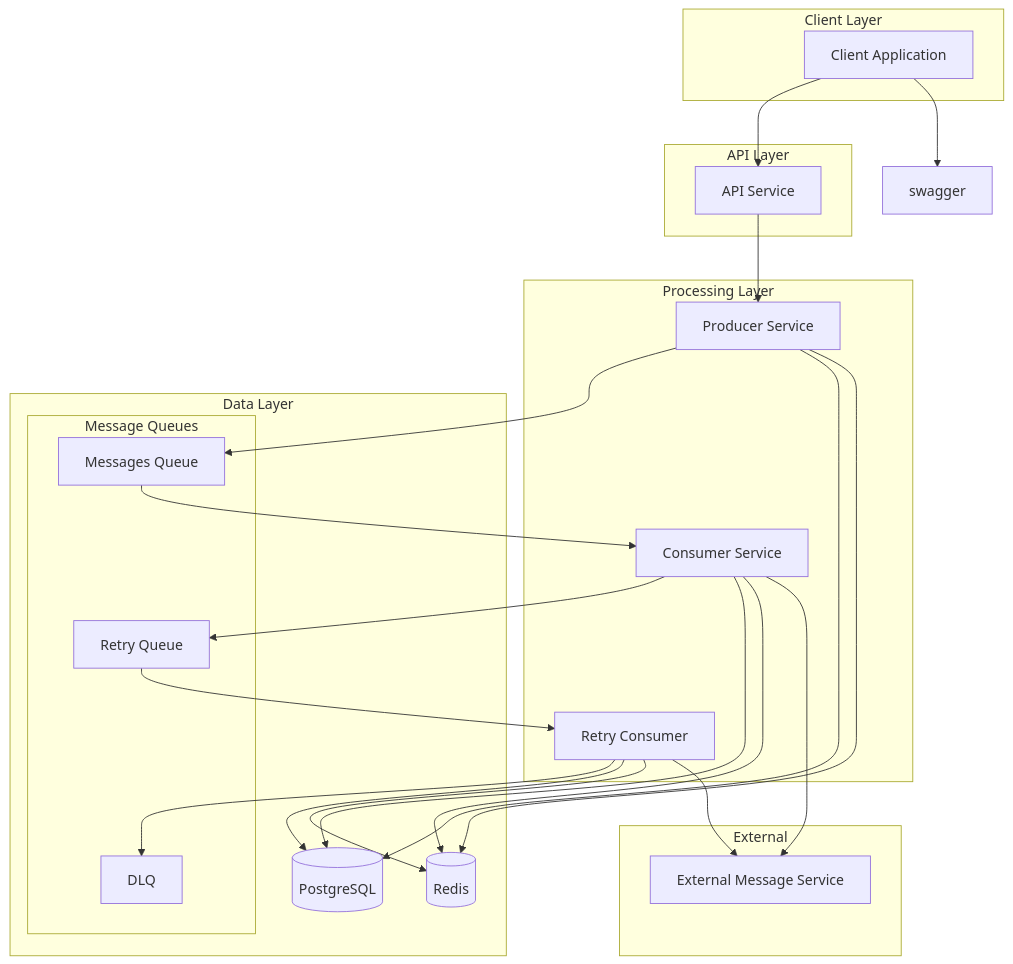
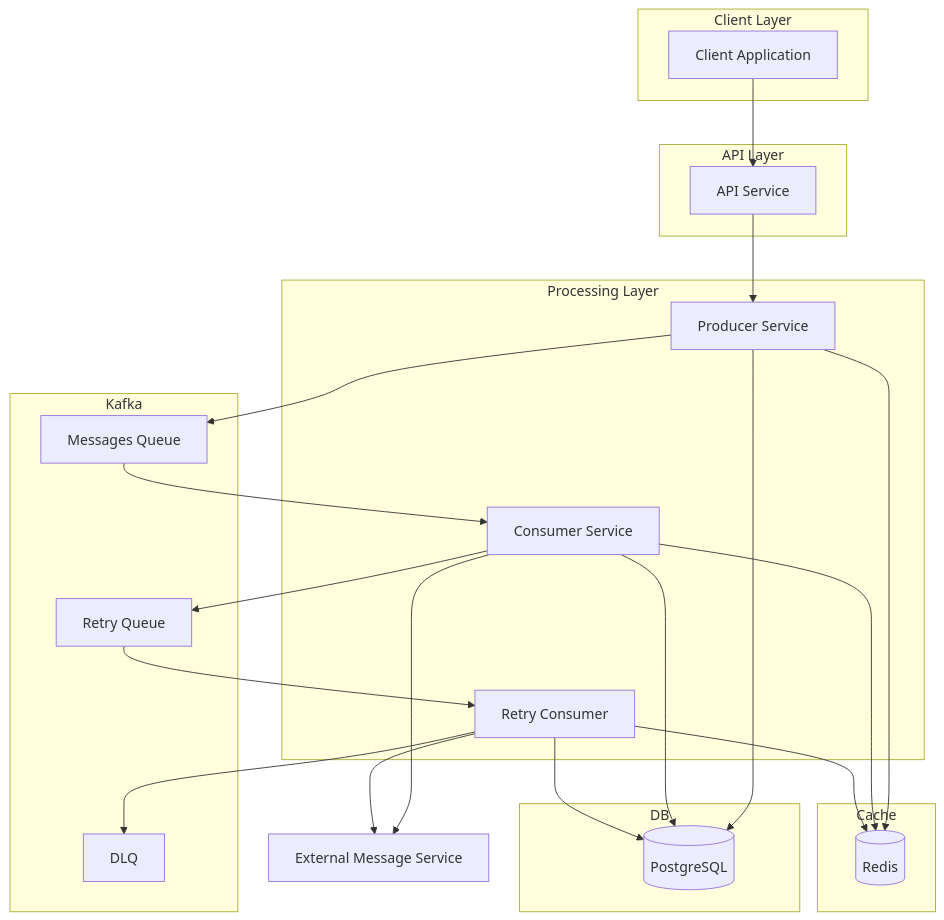
Before and after one commit to ozzy-cox/automatic-message-system: the first of 3 diagrams in README.md, drawn with Mermaid. The commit also changed other lines of this file, not shown here.

Commit message:
Fix: README.md

````diff
--- a/README.md
+++ b/README.md
@@ -69,50 +69,51 @@
 ```mermaid
 flowchart TB
     subgraph Client Layer
         client[Client Application]
     end
 
     subgraph API Layer
         api[API Service]
     end
 
     subgraph Processing Layer
         producer[Producer Service]
         consumer[Consumer Service]
         retry[Retry Consumer]
     end
 
-    subgraph Data Layer
-        db[(PostgreSQL)]
-        cache[(Redis)]
-        subgraph Message Queues
-            kafka1[Messages Queue]
-            kafka2[Retry Queue]
-            kafka3[DLQ]
-        end
+    subgraph DB
+    db[(PostgreSQL)]
     end
 
-    subgraph External
-        ext[External Message Service]
+    subgraph Cache
+    cache[(Redis)]
     end
 
+    subgraph Kafka
+        kafka1[Messages Queue]
+        kafka2[Retry Queue]
+        kafka3[DLQ]
+    end
+
+    ext[External Message Service]
+
     client --> api
-    client --> swagger
     api --> producer
     producer --> kafka1
     kafka1 --> consumer
     consumer --> kafka2
     kafka2 --> retry
     retry --> kafka3
     
     producer --> db
     consumer --> db
     retry --> db
     
     producer --> cache
     consumer --> cache
     retry --> cache
     
     consumer --> ext
     retry --> ext
 ```
````
